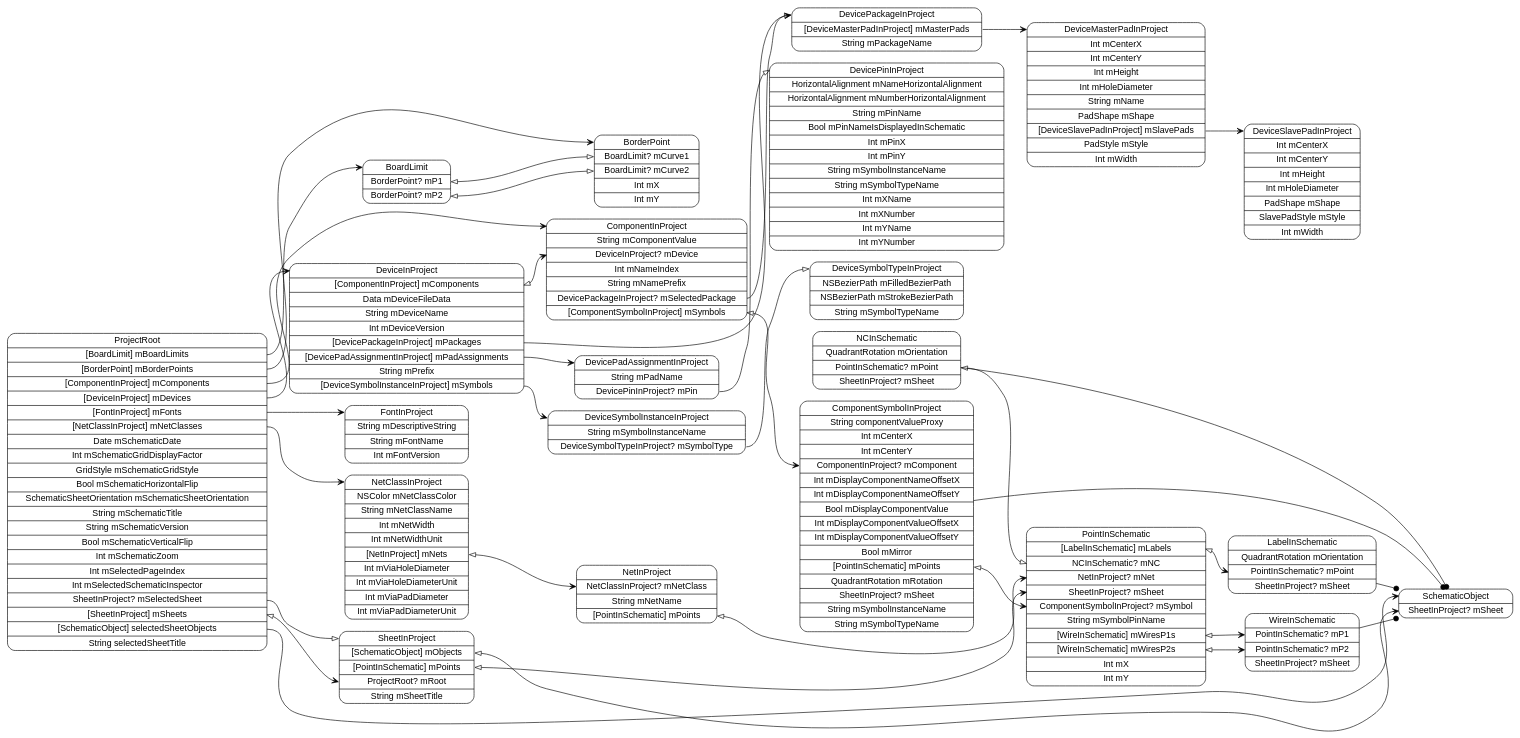
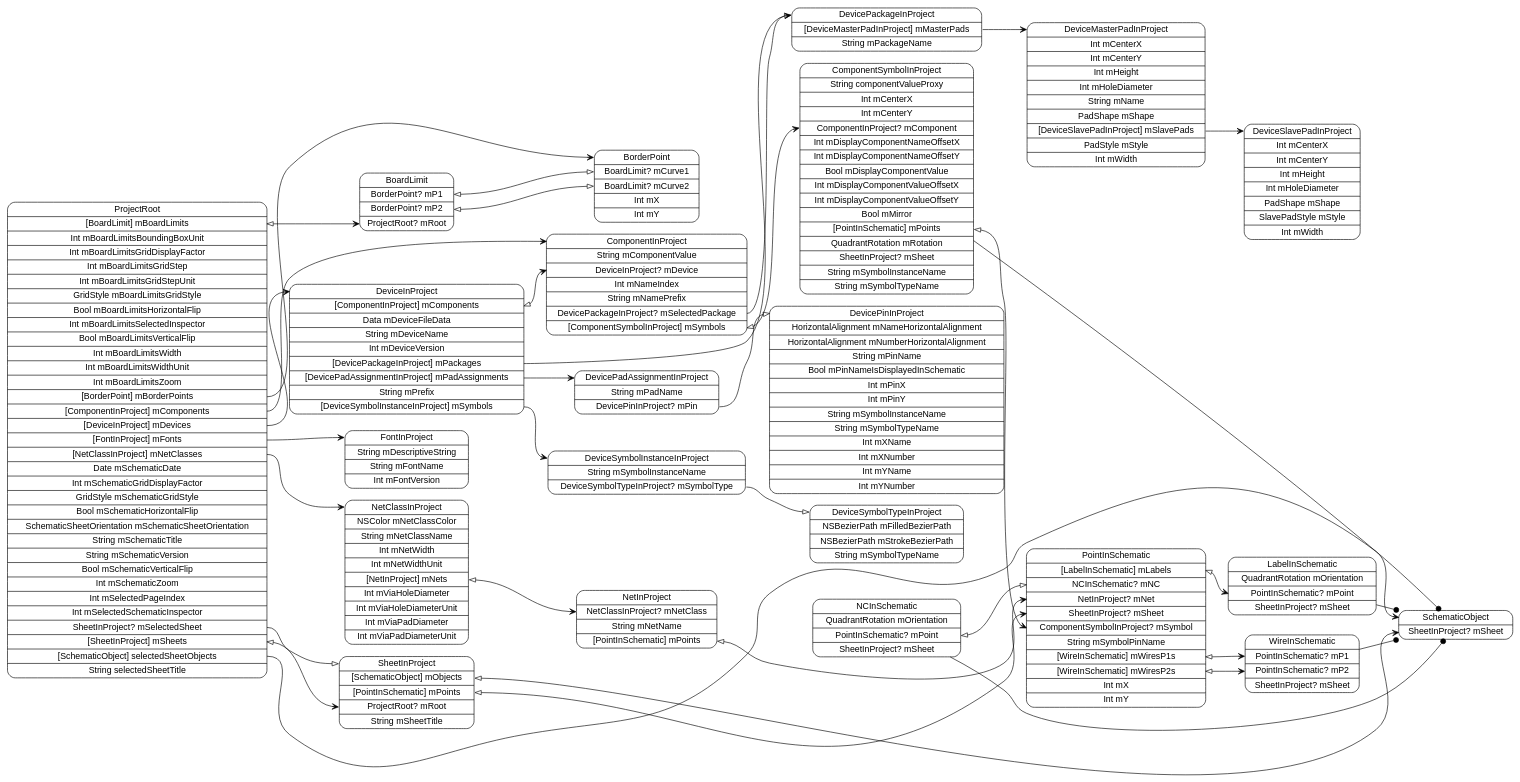
The diagram in models/ProjectRoot.dot (pierremolinaro/ElCanari-dev), drawn with Graphviz before and after one commit. The commit also changed 27 other files, not shown here.

Commit message:
Board limits : lines

```diff
--- a/models/ProjectRoot.dot
+++ b/models/ProjectRoot.dot
@@ -1,60 +1,60 @@
 digraph G {
   rankdir=LR ;
   node [shape=record fontname=helvetica style=rounded] ;
-  ProjectRoot[label="<ProjectRoot>ProjectRoot|<mBoardLimits>[BoardLimit] mBoardLimits|<mBorderPoints>[BorderPoint] mBorderPoints|<mComponents>[ComponentInProject] mComponents|<mDevices>[DeviceInProject] mDevices|<mFonts>[FontInProject] mFonts|<mNetClasses>[NetClassInProject] mNetClasses|Date mSchematicDate|Int mSchematicGridDisplayFactor|GridStyle mSchematicGridStyle|Bool mSchematicHorizontalFlip|SchematicSheetOrientation mSchematicSheetOrientation|String mSchematicTitle|String mSchematicVersion|Bool mSchematicVerticalFlip|Int mSchematicZoom|Int mSelectedPageIndex|Int mSelectedSchematicInspector|<mSelectedSheet>SheetInProject? mSelectedSheet|<mSheets>[SheetInProject] mSheets|<selectedSheetObjects>[SchematicObject] selectedSheetObjects|String selectedSheetTitle"] ;
+  ProjectRoot[label="<ProjectRoot>ProjectRoot|<mBoardLimits>[BoardLimit] mBoardLimits|Int mBoardLimitsBoundingBoxUnit|Int mBoardLimitsGridDisplayFactor|Int mBoardLimitsGridStep|Int mBoardLimitsGridStepUnit|GridStyle mBoardLimitsGridStyle|Bool mBoardLimitsHorizontalFlip|Int mBoardLimitsSelectedInspector|Bool mBoardLimitsVerticalFlip|Int mBoardLimitsWidth|Int mBoardLimitsWidthUnit|Int mBoardLimitsZoom|<mBorderPoints>[BorderPoint] mBorderPoints|<mComponents>[ComponentInProject] mComponents|<mDevices>[DeviceInProject] mDevices|<mFonts>[FontInProject] mFonts|<mNetClasses>[NetClassInProject] mNetClasses|Date mSchematicDate|Int mSchematicGridDisplayFactor|GridStyle mSchematicGridStyle|Bool mSchematicHorizontalFlip|SchematicSheetOrientation mSchematicSheetOrientation|String mSchematicTitle|String mSchematicVersion|Bool mSchematicVerticalFlip|Int mSchematicZoom|Int mSelectedPageIndex|Int mSelectedSchematicInspector|<mSelectedSheet>SheetInProject? mSelectedSheet|<mSheets>[SheetInProject] mSheets|<selectedSheetObjects>[SchematicObject] selectedSheetObjects|String selectedSheetTitle"] ;
   SchematicObject[label="<SchematicObject>SchematicObject|<mSheet>SheetInProject? mSheet"] ;
   SheetInProject[label="<SheetInProject>SheetInProject|<mObjects>[SchematicObject] mObjects|<mPoints>[PointInSchematic] mPoints|<mRoot>ProjectRoot? mRoot|String mSheetTitle"] ;
   PointInSchematic[label="<PointInSchematic>PointInSchematic|<mLabels>[LabelInSchematic] mLabels|<mNC>NCInSchematic? mNC|<mNet>NetInProject? mNet|<mSheet>SheetInProject? mSheet|<mSymbol>ComponentSymbolInProject? mSymbol|String mSymbolPinName|<mWiresP1s>[WireInSchematic] mWiresP1s|<mWiresP2s>[WireInSchematic] mWiresP2s|Int mX|Int mY"] ;
   WireInSchematic[label="<WireInSchematic>WireInSchematic|<mP1>PointInSchematic? mP1|<mP2>PointInSchematic? mP2|<mSheet>SheetInProject? mSheet"] ;
   NCInSchematic[label="<NCInSchematic>NCInSchematic|QuadrantRotation mOrientation|<mPoint>PointInSchematic? mPoint|<mSheet>SheetInProject? mSheet"] ;
   LabelInSchematic[label="<LabelInSchematic>LabelInSchematic|QuadrantRotation mOrientation|<mPoint>PointInSchematic? mPoint|<mSheet>SheetInProject? mSheet"] ;
   NetClassInProject[label="<NetClassInProject>NetClassInProject|NSColor mNetClassColor|String mNetClassName|Int mNetWidth|Int mNetWidthUnit|<mNets>[NetInProject] mNets|Int mViaHoleDiameter|Int mViaHoleDiameterUnit|Int mViaPadDiameter|Int mViaPadDiameterUnit"] ;
   NetInProject[label="<NetInProject>NetInProject|<mNetClass>NetClassInProject? mNetClass|String mNetName|<mPoints>[PointInSchematic] mPoints"] ;
   FontInProject[label="<FontInProject>FontInProject|String mDescriptiveString|String mFontName|Int mFontVersion"] ;
   DeviceInProject[label="<DeviceInProject>DeviceInProject|<mComponents>[ComponentInProject] mComponents|Data mDeviceFileData|String mDeviceName|Int mDeviceVersion|<mPackages>[DevicePackageInProject] mPackages|<mPadAssignments>[DevicePadAssignmentInProject] mPadAssignments|String mPrefix|<mSymbols>[DeviceSymbolInstanceInProject] mSymbols"] ;
   DeviceSymbolInstanceInProject[label="<DeviceSymbolInstanceInProject>DeviceSymbolInstanceInProject|String mSymbolInstanceName|<mSymbolType>DeviceSymbolTypeInProject? mSymbolType"] ;
   DeviceSymbolTypeInProject[label="<DeviceSymbolTypeInProject>DeviceSymbolTypeInProject|NSBezierPath mFilledBezierPath|NSBezierPath mStrokeBezierPath|String mSymbolTypeName"] ;
   DevicePadAssignmentInProject[label="<DevicePadAssignmentInProject>DevicePadAssignmentInProject|String mPadName|<mPin>DevicePinInProject? mPin"] ;
   DevicePinInProject[label="<DevicePinInProject>DevicePinInProject|HorizontalAlignment mNameHorizontalAlignment|HorizontalAlignment mNumberHorizontalAlignment|String mPinName|Bool mPinNameIsDisplayedInSchematic|Int mPinX|Int mPinY|String mSymbolInstanceName|String mSymbolTypeName|Int mXName|Int mXNumber|Int mYName|Int mYNumber"] ;
   DevicePackageInProject[label="<DevicePackageInProject>DevicePackageInProject|<mMasterPads>[DeviceMasterPadInProject] mMasterPads|String mPackageName"] ;
   DeviceMasterPadInProject[label="<DeviceMasterPadInProject>DeviceMasterPadInProject|Int mCenterX|Int mCenterY|Int mHeight|Int mHoleDiameter|String mName|PadShape mShape|<mSlavePads>[DeviceSlavePadInProject] mSlavePads|PadStyle mStyle|Int mWidth"] ;
   DeviceSlavePadInProject[label="<DeviceSlavePadInProject>DeviceSlavePadInProject|Int mCenterX|Int mCenterY|Int mHeight|Int mHoleDiameter|PadShape mShape|SlavePadStyle mStyle|Int mWidth"] ;
   ComponentInProject[label="<ComponentInProject>ComponentInProject|String mComponentValue|<mDevice>DeviceInProject? mDevice|Int mNameIndex|String mNamePrefix|<mSelectedPackage>DevicePackageInProject? mSelectedPackage|<mSymbols>[ComponentSymbolInProject] mSymbols"] ;
   ComponentSymbolInProject[label="<ComponentSymbolInProject>ComponentSymbolInProject|String componentValueProxy|Int mCenterX|Int mCenterY|<mComponent>ComponentInProject? mComponent|Int mDisplayComponentNameOffsetX|Int mDisplayComponentNameOffsetY|Bool mDisplayComponentValue|Int mDisplayComponentValueOffsetX|Int mDisplayComponentValueOffsetY|Bool mMirror|<mPoints>[PointInSchematic] mPoints|QuadrantRotation mRotation|<mSheet>SheetInProject? mSheet|String mSymbolInstanceName|String mSymbolTypeName"] ;
   BorderPoint[label="<BorderPoint>BorderPoint|<mCurve1>BoardLimit? mCurve1|<mCurve2>BoardLimit? mCurve2|Int mX|Int mY"] ;
-  BoardLimit[label="<BoardLimit>BoardLimit|<mP1>BorderPoint? mP1|<mP2>BorderPoint? mP2"] ;
-  ProjectRoot:mBoardLimits -> BoardLimit:BoardLimit [dir=both arrowtail=none arrowhead=vee] ;
+  BoardLimit[label="<BoardLimit>BoardLimit|<mP1>BorderPoint? mP1|<mP2>BorderPoint? mP2|<mRoot>ProjectRoot? mRoot"] ;
+  ProjectRoot:mBoardLimits -> BoardLimit:mRoot [dir=both arrowtail=onormal arrowhead=vee] ;
   ProjectRoot:mBorderPoints -> BorderPoint:BorderPoint [dir=both arrowtail=none arrowhead=vee] ;
   ProjectRoot:mComponents -> ComponentInProject:ComponentInProject [dir=both arrowtail=none arrowhead=vee] ;
   ProjectRoot:mDevices -> DeviceInProject:DeviceInProject [dir=both arrowtail=none arrowhead=vee] ;
   ProjectRoot:mFonts -> FontInProject:FontInProject [dir=both arrowtail=none arrowhead=vee] ;
   ProjectRoot:mNetClasses -> NetClassInProject:NetClassInProject [dir=both arrowtail=none arrowhead=vee] ;
   ProjectRoot:mSelectedSheet -> SheetInProject:SheetInProject [dir=both arrowtail=none arrowhead=onormal] ;
   ProjectRoot:mSheets -> SheetInProject:mRoot [dir=both arrowtail=onormal arrowhead=vee] ;
   ProjectRoot:selectedSheetObjects -> SchematicObject:SchematicObject [dir=both arrowtail=none arrowhead=vee] ;
   SheetInProject:mObjects -> SchematicObject:mSheet [dir=both arrowtail=onormal arrowhead=vee] ;
   SheetInProject:mPoints -> PointInSchematic:mSheet [dir=both arrowtail=onormal arrowhead=vee] ;
   PointInSchematic:mLabels -> LabelInSchematic:mPoint [dir=both arrowtail=onormal arrowhead=vee] ;
   PointInSchematic:mWiresP1s -> WireInSchematic:mP1 [dir=both arrowtail=onormal arrowhead=vee] ;
   PointInSchematic:mWiresP2s -> WireInSchematic:mP2 [dir=both arrowtail=onormal arrowhead=vee] ;
   WireInSchematic -> SchematicObject [arrowhead=dot] ;
   NCInSchematic -> SchematicObject [arrowhead=dot] ;
   NCInSchematic:mPoint -> PointInSchematic:mNC [dir=both arrowtail=onormal arrowhead=onormal] ;
   LabelInSchematic -> SchematicObject [arrowhead=dot] ;
   NetClassInProject:mNets -> NetInProject:mNetClass [dir=both arrowtail=onormal arrowhead=vee] ;
   NetInProject:mPoints -> PointInSchematic:mNet [dir=both arrowtail=onormal arrowhead=vee] ;
   DeviceInProject:mComponents -> ComponentInProject:mDevice [dir=both arrowtail=onormal arrowhead=vee] ;
   DeviceInProject:mPackages -> DevicePackageInProject:DevicePackageInProject [dir=both arrowtail=none arrowhead=vee] ;
   DeviceInProject:mPadAssignments -> DevicePadAssignmentInProject:DevicePadAssignmentInProject [dir=both arrowtail=none arrowhead=vee] ;
   DeviceInProject:mSymbols -> DeviceSymbolInstanceInProject:DeviceSymbolInstanceInProject [dir=both arrowtail=none arrowhead=vee] ;
   DeviceSymbolInstanceInProject:mSymbolType -> DeviceSymbolTypeInProject:DeviceSymbolTypeInProject [dir=both arrowtail=none arrowhead=onormal] ;
   DevicePadAssignmentInProject:mPin -> DevicePinInProject:DevicePinInProject [dir=both arrowtail=none arrowhead=onormal] ;
   DevicePackageInProject:mMasterPads -> DeviceMasterPadInProject:DeviceMasterPadInProject [dir=both arrowtail=none arrowhead=vee] ;
   DeviceMasterPadInProject:mSlavePads -> DeviceSlavePadInProject:DeviceSlavePadInProject [dir=both arrowtail=none arrowhead=vee] ;
   ComponentInProject:mSelectedPackage -> DevicePackageInProject:DevicePackageInProject [dir=both arrowtail=none arrowhead=onormal] ;
   ComponentInProject:mSymbols -> ComponentSymbolInProject:mComponent [dir=both arrowtail=onormal arrowhead=vee] ;
   ComponentSymbolInProject -> SchematicObject [arrowhead=dot] ;
   ComponentSymbolInProject:mPoints -> PointInSchematic:mSymbol [dir=both arrowtail=onormal arrowhead=vee] ;
   BoardLimit:mP1 -> BorderPoint:mCurve1 [dir=both arrowtail=onormal arrowhead=onormal] ;
   BoardLimit:mP2 -> BorderPoint:mCurve2 [dir=both arrowtail=onormal arrowhead=onormal] ;
 }
```
